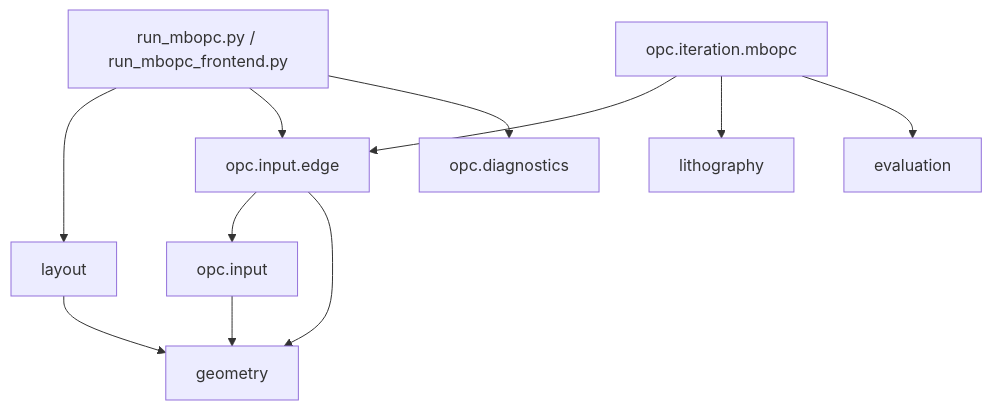
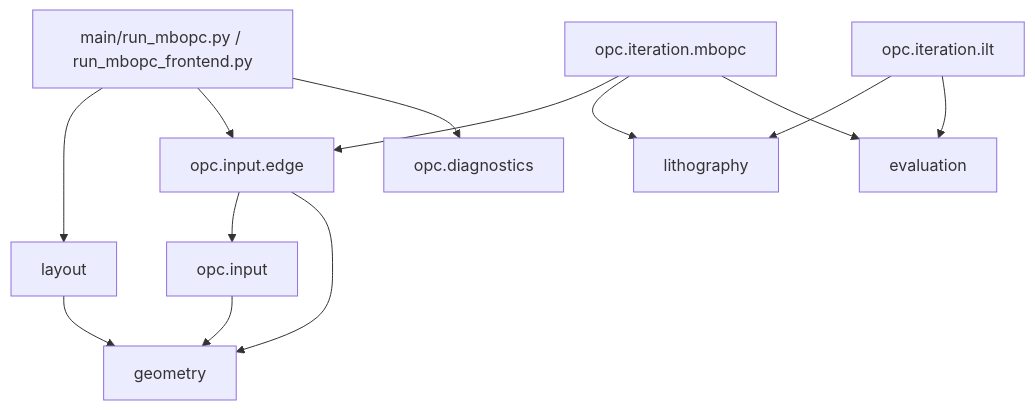
One commit to Eve429/MyOPC changed the first of 10 diagrams in doc/function_call_architecture.md. Above: the diagram before and after it, drawn with Mermaid. The commit also changed other lines of this file and 10 other files, not shown here.

````diff
--- a/doc/function_call_architecture.md
+++ b/doc/function_call_architecture.md
@@ -7,13 +7,15 @@
 ```mermaid
 flowchart TD
-    A[run_mbopc.py / run_mbopc_frontend.py] --> B[layout]
+    A[main/run_mbopc.py / run_mbopc_frontend.py] --> B[layout]
     A --> C[opc.input.edge]
     A --> D[opc.diagnostics]
     E[opc.iteration.mbopc] --> C
     E --> F[lithography]
     E --> G[evaluation]
+    T[opc.iteration.ilt] --> F
+    T --> G
     C --> H[opc.input]
     C --> I[geometry]
     H --> I
     B --> I
 ```
````
